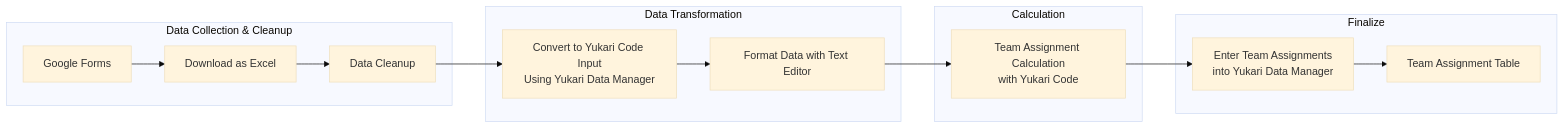
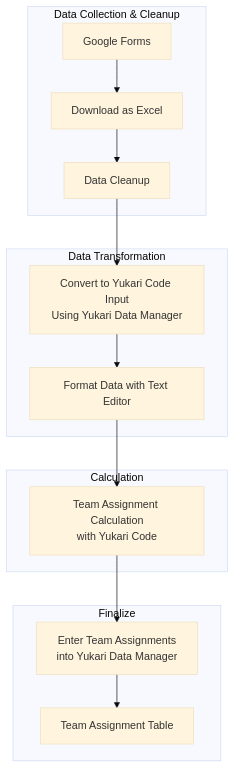
Before and after one commit to tohru-murakami/Yukari_Code_2: the diagram in Quick_Start_Guide.md, drawn with Mermaid (base theme).

````diff
--- a/Quick_Start_Guide.md
+++ b/Quick_Start_Guide.md
@@ -136,21 +136,21 @@
 ```mermaid
-flowchart LR
+flowchart
     subgraph Phase1 [Data Collection & Cleanup]
       A["Google Forms"] --> B["Download as Excel"]
       B --> C["Data Cleanup"]
     end
 
     subgraph Phase2 [Data Transformation]
       C --> D["Convert to Yukari Code Input<br>Using Yukari Data Manager"]
       D --> E["Format Data with Text Editor"]
     end
 
     subgraph Phase3 [Calculation]
       E --> F["Team Assignment Calculation<br>with Yukari Code"]
     end
 
     subgraph Phase4 [Finalize]
       F --> G["Enter Team Assignments<br>into Yukari Data Manager"]
       G --> H["Team Assignment Table"]
     end
 ```
````
